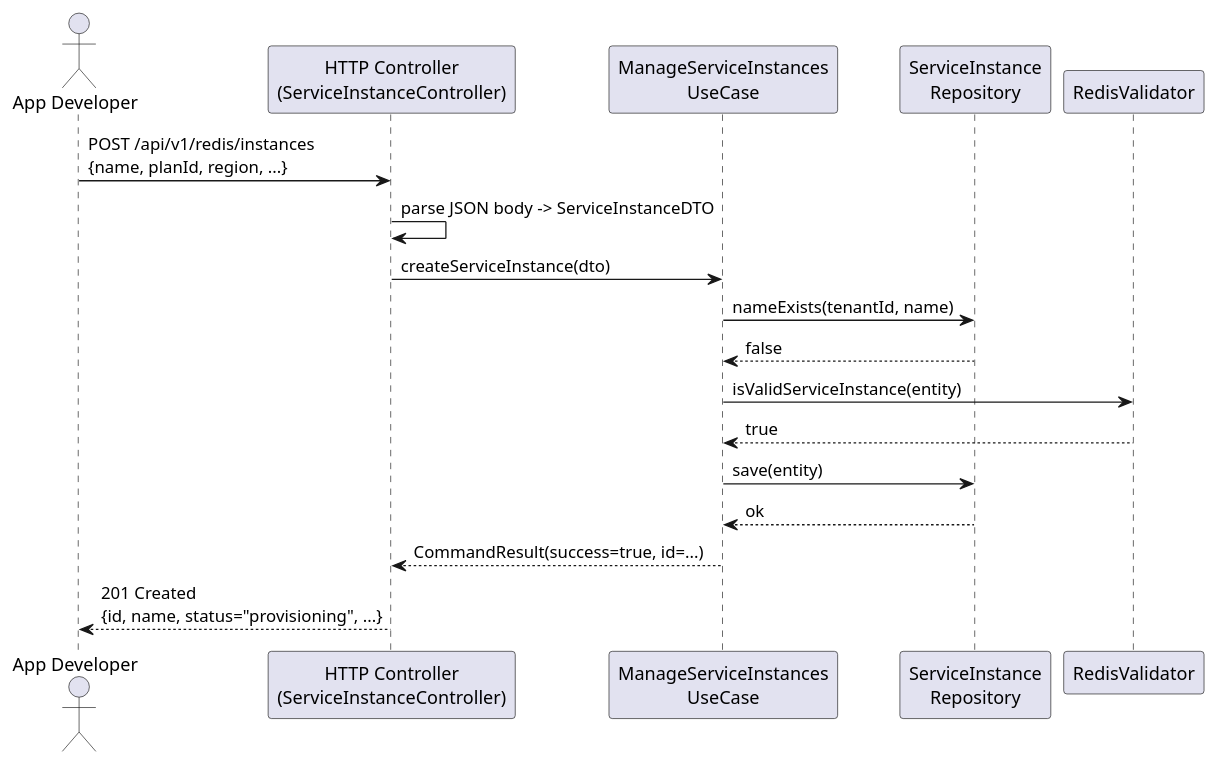
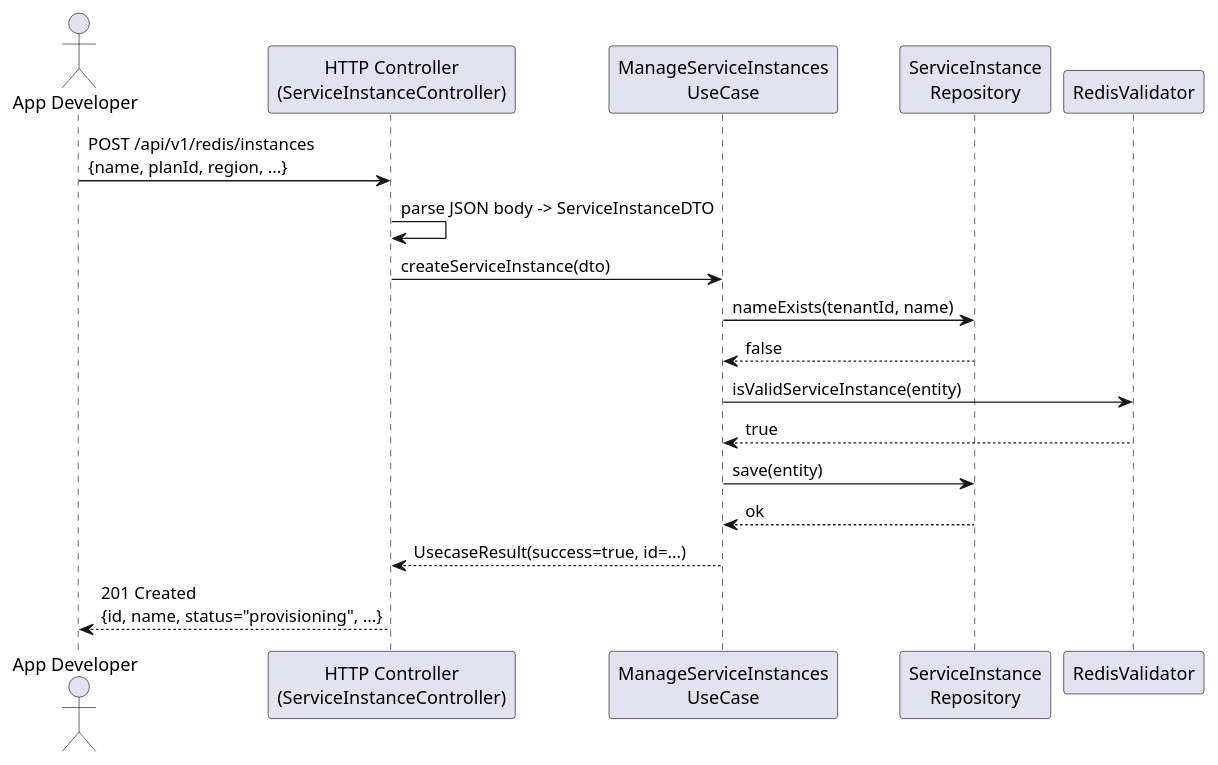
One commit to UIMSolutions/uim-platform changed the fourth of 8 diagrams in redis/UML.md. Above: the diagram before and after it, drawn with PlantUML. The commit also changed 907 other files, not shown here.

Commit message:
Rename CommandResult

````diff
--- a/redis/UML.md
+++ b/redis/UML.md
@@ -258,21 +258,21 @@
 ```plantuml
 @startuml ProvisionInstance
 actor "App Developer" as dev
 participant "HTTP Controller\n(ServiceInstanceController)" as ctrl
 participant "ManageServiceInstances\nUseCase" as uc
 participant "ServiceInstance\nRepository" as repo
 participant "RedisValidator" as val
 
 dev -> ctrl : POST /api/v1/redis/instances\n{name, planId, region, ...}
 ctrl -> ctrl : parse JSON body -> ServiceInstanceDTO
 ctrl -> uc : createServiceInstance(dto)
 uc -> repo : nameExists(tenantId, name)
 repo --> uc : false
 uc -> val : isValidServiceInstance(entity)
 val --> uc : true
 uc -> repo : save(entity)
 repo --> uc : ok
-uc --> ctrl : CommandResult(success=true, id=...)
+uc --> ctrl : UsecaseResult(success=true, id=...)
 ctrl --> dev : 201 Created\n{id, name, status="provisioning", ...}
 @enduml
 ```
````
